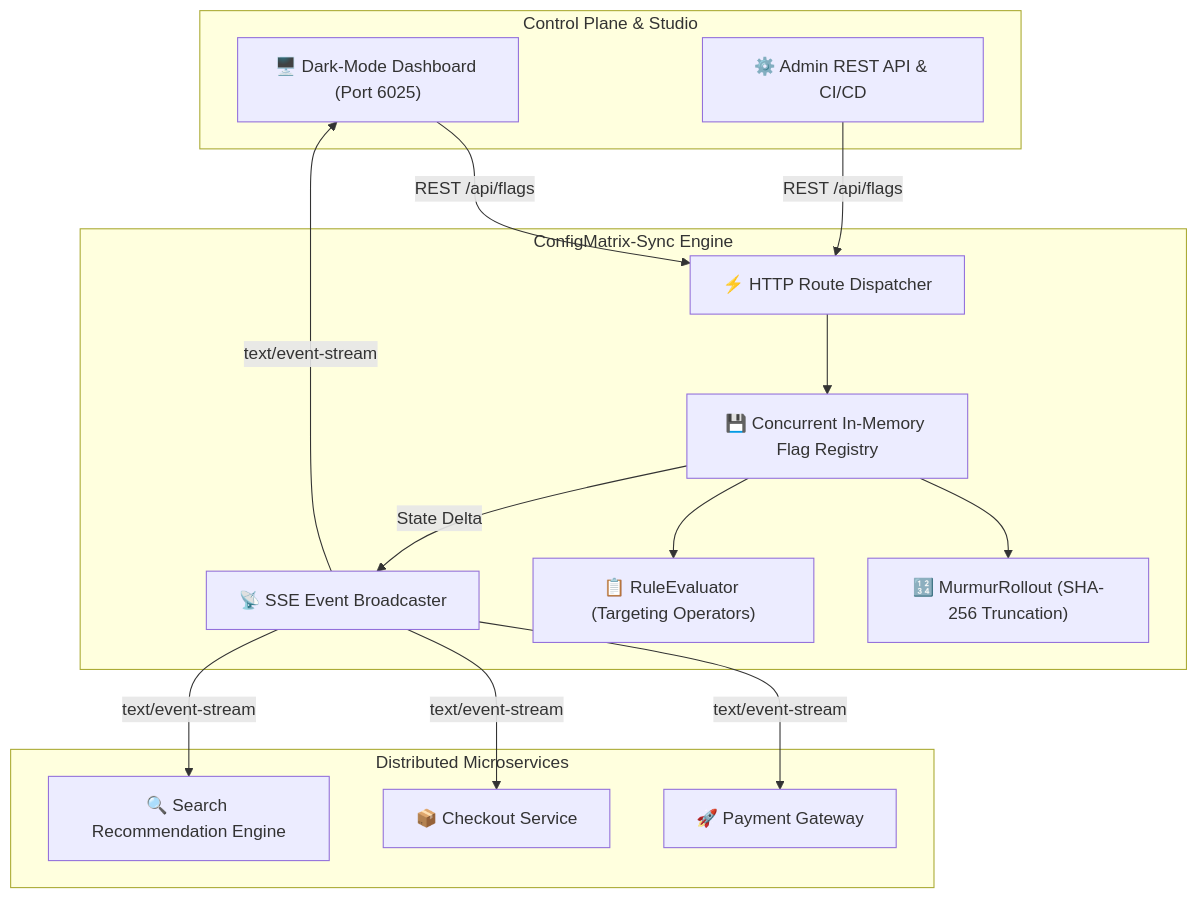
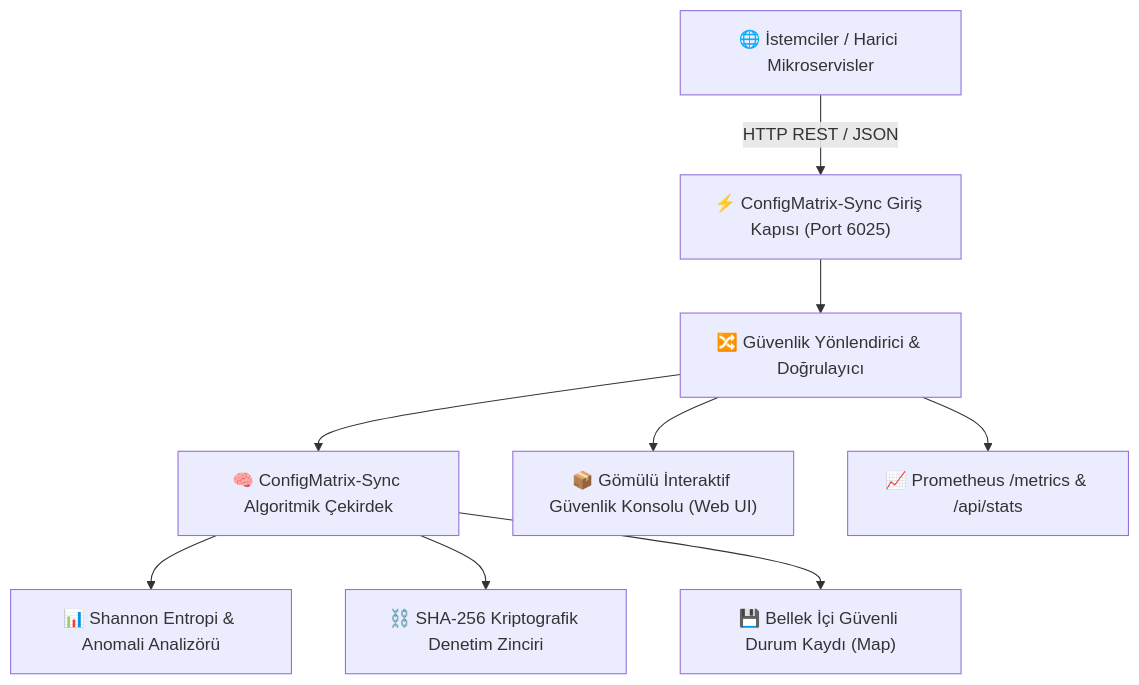
One commit to alinurettin/ConfigMatrix-Sync changed the diagram in README.md. Above: the diagram before and after it, drawn with Mermaid. The commit also changed other lines of this file and 3 other files, not shown here.

````diff
--- a/README.md
+++ b/README.md
@@ -22,32 +53,11 @@
 ```mermaid
 flowchart TD
-    subgraph ControlPlane [Control Plane & Studio]
-        UI["🖥️ Dark-Mode Dashboard (Port 6025)"]
-        AdminCLI["⚙️ Admin REST API & CI/CD"]
-    end
-
-    subgraph CoreEngine [ConfigMatrix-Sync Engine]
-        Dispatcher["⚡ HTTP Route Dispatcher"]
-        Registry["💾 Concurrent In-Memory Flag Registry"]
-        Murmur["🔢 MurmurRollout (SHA-256 Truncation)"]
-        RuleAST["📋 RuleEvaluator (Targeting Operators)"]
-        SSEHub["📡 SSE Event Broadcaster"]
-    end
-
-    subgraph EdgeServices [Distributed Microservices]
-        Svc1["🚀 Payment Gateway"]
-        Svc2["📦 Checkout Service"]
-        Svc3["🔍 Search Recommendation Engine"]
-    end
-
-    UI -->|REST /api/flags| Dispatcher
-    AdminCLI -->|REST /api/flags| Dispatcher
-    Dispatcher --> Registry
-    Registry --> Murmur
-    Registry --> RuleAST
-    Registry -->|State Delta| SSEHub
-    SSEHub -->|text/event-stream| UI
-    SSEHub -->|text/event-stream| Svc1
-    SSEHub -->|text/event-stream| Svc2
-    SSEHub -->|text/event-stream| Svc3
+    Client["🌐 İstemciler / Harici Mikroservisler"] -->|HTTP REST / JSON| Entrypoint["⚡ ConfigMatrix-Sync Giriş Kapısı (Port 6025)"]
+    Entrypoint --> Dispatcher["🔀 Güvenlik Yönlendirici & Doğrulayıcı"]
+    Dispatcher --> CoreEngine["🧠 ConfigMatrix-Sync Algoritmik Çekirdek"]
+    CoreEngine --> Entropy["📊 Shannon Entropi & Anomali Analizörü"]
+    CoreEngine --> HashChain["⛓️ SHA-256 Kriptografik Denetim Zinciri"]
+    CoreEngine --> Storage["💾 Bellek İçi Güvenli Durum Kaydı (Map)"]
+    Dispatcher --> WebUI["📦 Gömülü İnteraktif Güvenlik Konsolu (Web UI)"]
+    Dispatcher --> Telemetry["📈 Prometheus /metrics & /api/stats"]
 ```
````
